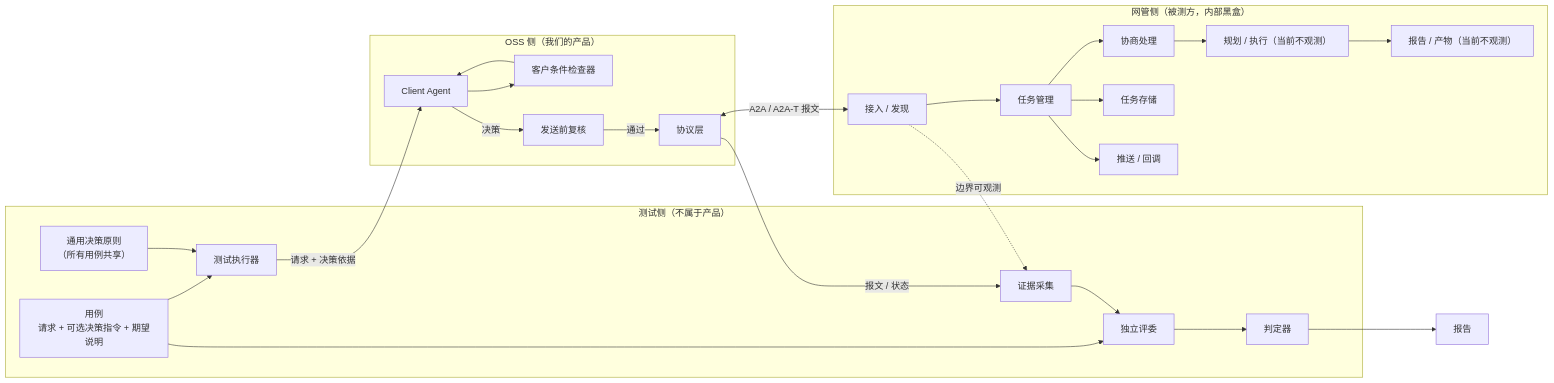
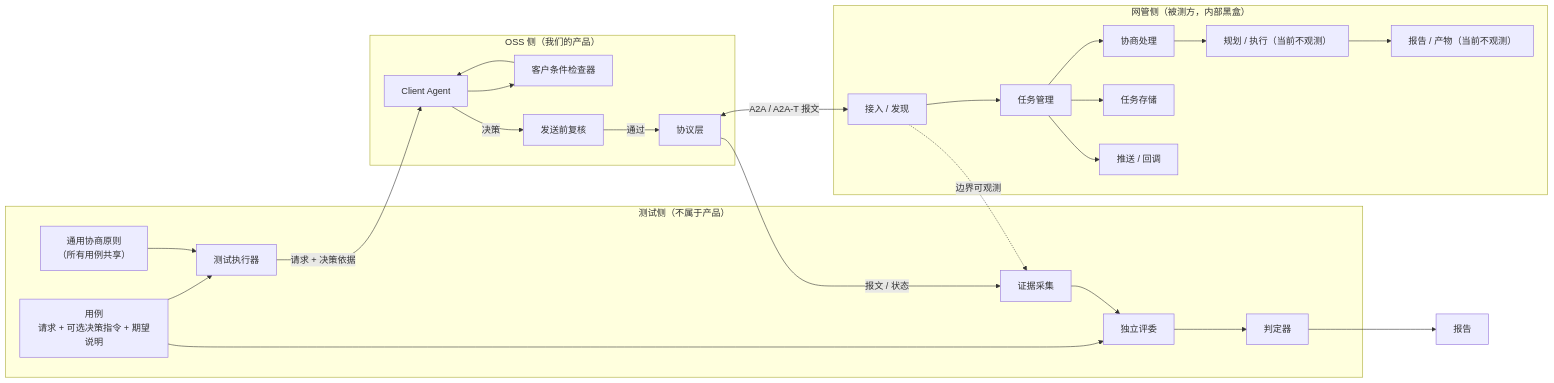
The first of 12 diagrams in a2a-t-sample/ran-energy-saving/TESTER-ARCHITECTURE.md (project-openan/a2a-t-sdk-python), drawn with Mermaid before and after one commit. The commit also changed other lines of this file, not shown here.

Commit message:
docs(ran-energy-saving): keep the existing case schema and assertions

````diff
--- a/a2a-t-sample/ran-energy-saving/TESTER-ARCHITECTURE.md
+++ b/a2a-t-sample/ran-energy-saving/TESTER-ARCHITECTURE.md
@@ -13,50 +13,50 @@
 ```mermaid
 flowchart LR
   subgraph TEST["测试侧（不属于产品）"]
     C["用例<br/>请求 + 可选决策指令 + 期望说明"]
-    GP["通用决策原则<br/>（所有用例共享）"]
+    GP["通用协商原则<br/>（所有用例共享）"]
     H["测试执行器"]
     EV["证据采集"]
     JD["判定器"]
     JI["独立评委"]
   end
 
   subgraph OSS["OSS 侧（我们的产品）"]
     CA["Client Agent"]
     CK["客户条件检查器"]
     G["发送前复核"]
     PL["协议层"]
   end
 
   subgraph NMS["网管侧（被测方，内部黑盒）"]
     N1["接入 / 发现"]
     N2["任务管理"]
     N3["协商处理"]
     N4["规划 / 执行（当前不观测）"]
     N5["任务存储"]
     N6["推送 / 回调"]
     N7["报告 / 产物（当前不观测）"]
   end
 
   C --> H
   GP --> H
   H -- "请求 + 决策依据" --> CA
   CA --> CK
   CK --> CA
   CA -- "决策" --> G
   G -- "通过" --> PL
   PL <-->|"A2A / A2A-T 报文"| N1
   N1 --> N2
   N2 --> N3
   N2 --> N5
   N2 --> N6
   N3 --> N4
   N4 --> N7
 
   PL -- "报文 / 状态" --> EV
   N1 -. "边界可观测" .-> EV
   C --> JI
   EV --> JI
   JI --> JD
   JD --> X["报告"]
 ```
````
